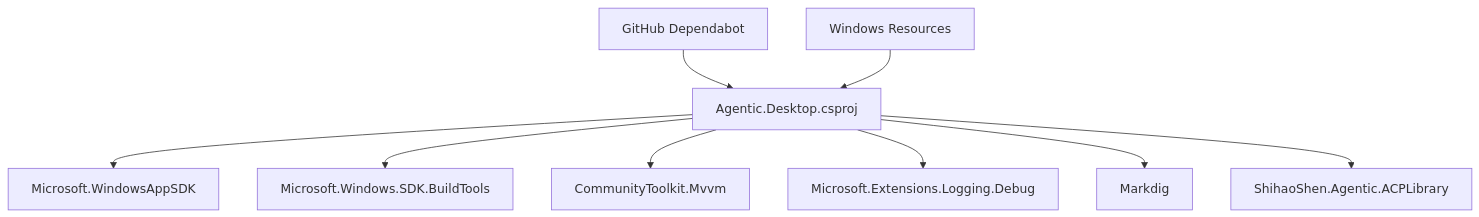
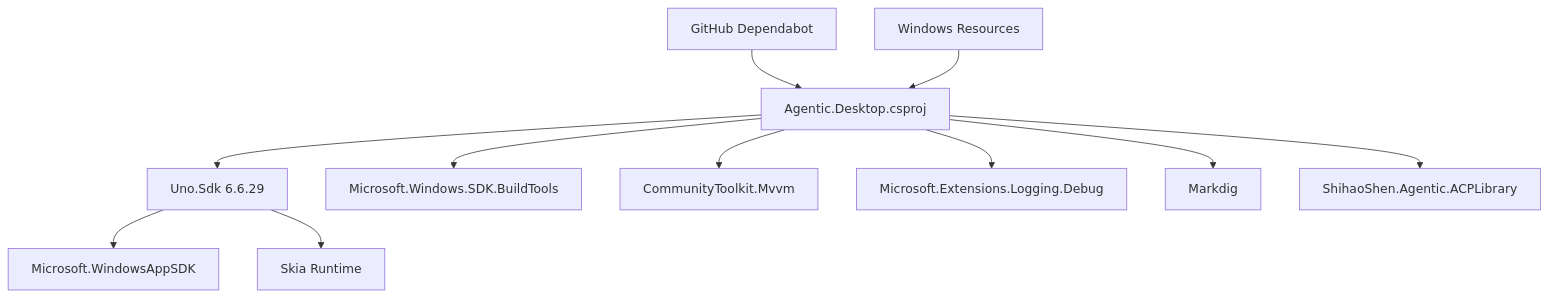
One commit to AgenticDesktop/App changed diagram 12 of 12 in .qoder/repowiki/en/content/Configuration and Deployment.md. Above: the diagram before and after it, drawn with Mermaid. The commit also changed other lines of this file and 19 other files, not shown here.

````diff
--- a/.qoder/repowiki/en/content/Configuration and Deployment.md
+++ b/.qoder/repowiki/en/content/Configuration and Deployment.md
@@ -411,20 +508,24 @@
 ```mermaid
 graph TB
 CSProj["Agentic.Desktop.csproj"]
+UnoSDK["Uno.Sdk 6.6.29"]
 WinAppSDK["Microsoft.WindowsAppSDK"]
 BuildTools["Microsoft.Windows.SDK.BuildTools"]
 MVVM["CommunityToolkit.Mvvm"]
 Logging["Microsoft.Extensions.Logging.Debug"]
 Markdig["Markdig"]
 ACPLib["ShihaoShen.Agentic.ACPLibrary"]
+Skia["Skia Runtime"]
 Dependabot["GitHub Dependabot"]
 Localization["Windows Resources"]
-CSProj --> WinAppSDK
+CSProj --> UnoSDK
+UnoSDK --> WinAppSDK
+UnoSDK --> Skia
 CSProj --> BuildTools
 CSProj --> MVVM
 CSProj --> Logging
 CSProj --> Markdig
 CSProj --> ACPLib
 Dependabot --> CSProj
 Localization --> CSProj
 ```
````
